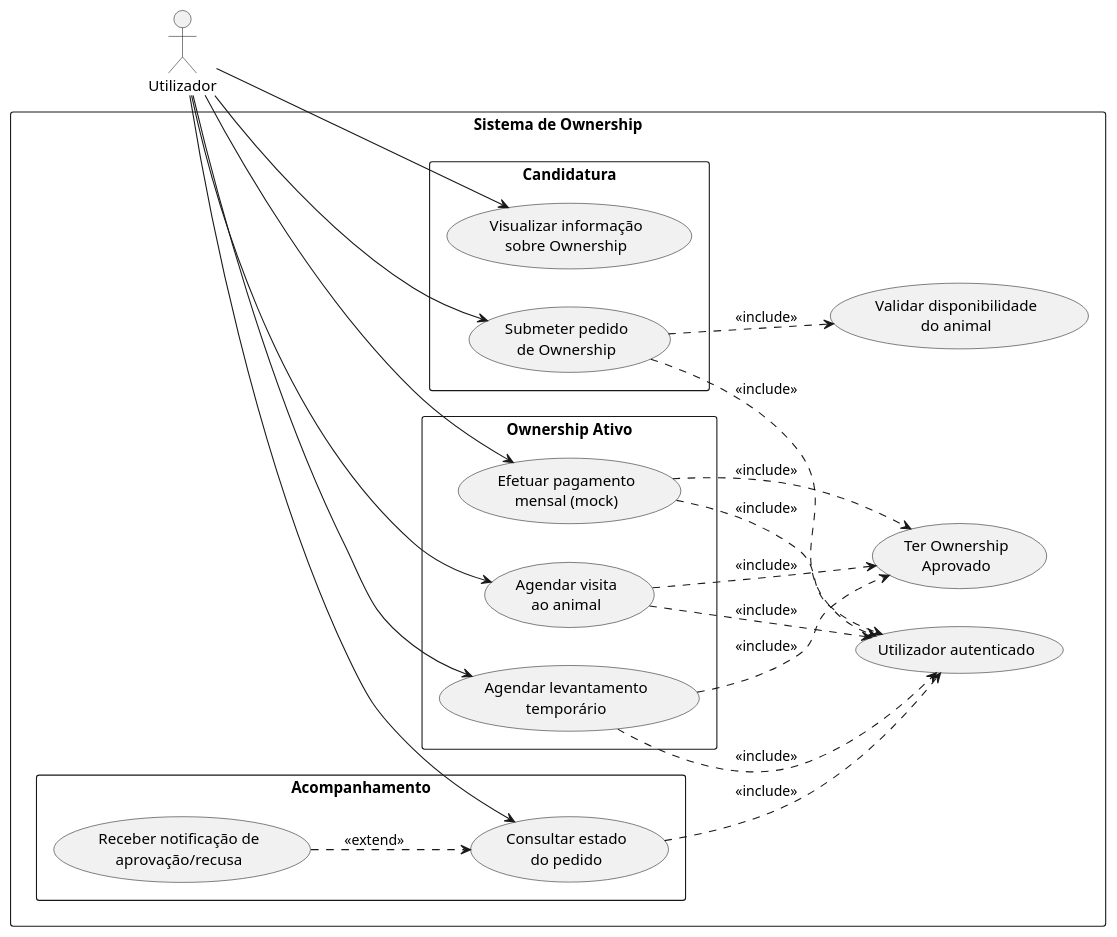
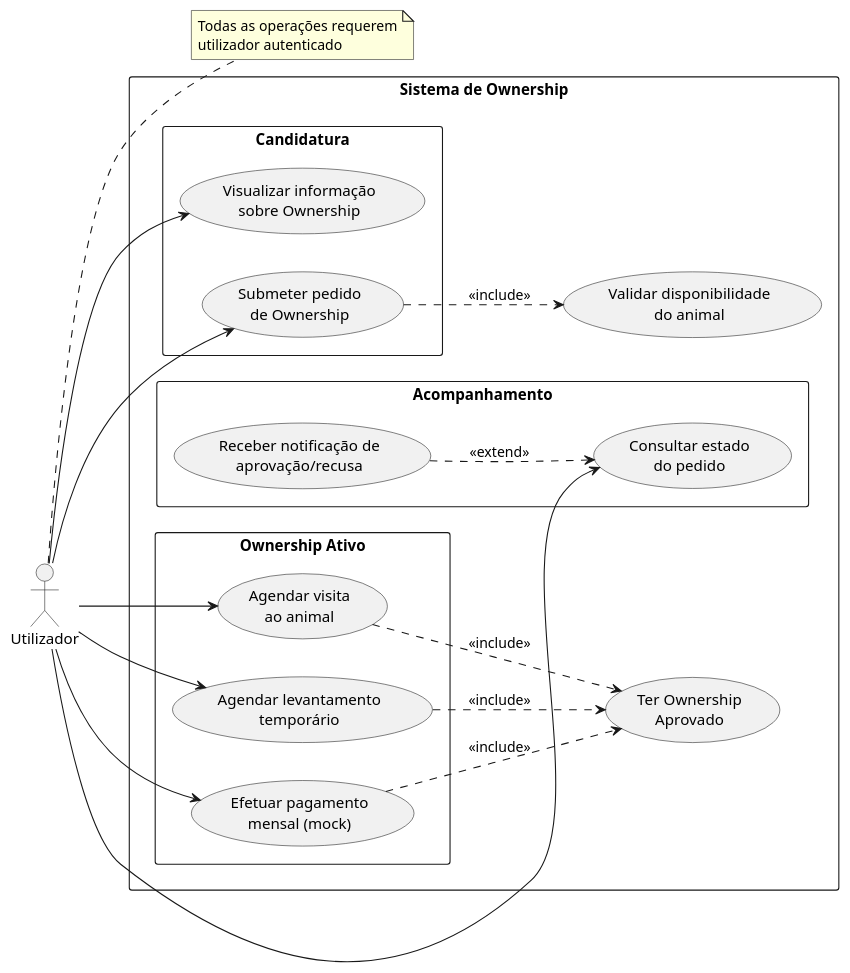
The diagram in artefactos_tecnicos/diagramas/DiagramaCasosUsoOwnership.puml (see-paw/project-artifacts), drawn with PlantUML before and after one commit.

```diff
--- a/artefactos_tecnicos/diagramas/DiagramaCasosUsoOwnership.puml
+++ b/artefactos_tecnicos/diagramas/DiagramaCasosUsoOwnership.puml
@@ -1,56 +1,53 @@
 @startuml
 left to right direction
 skinparam packageStyle rectangle
-
 actor "Utilizador" as User
-
 rectangle "Sistema de Ownership" {
   
   package "Candidatura" {
     usecase "Visualizar informação\nsobre Ownership" as UC1
     usecase "Submeter pedido\nde Ownership" as UC2
   }
   
   package "Acompanhamento" {
     usecase "Consultar estado\ndo pedido" as UC3
     usecase "Receber notificação de\naprovação/recusa" as UC4
   }
   
   package "Ownership Ativo" {
     usecase "Agendar visita\nao animal" as UC5
     usecase "Agendar levantamento\ntemporário" as UC6
     usecase "Efetuar pagamento\nmensal (mock)" as UC7
   }
   
   ' Use cases internos do sistema
-  usecase "Utilizador autenticado" as UC_Auth
   usecase "Validar disponibilidade\ndo animal" as UC_Valid
   usecase "Ter Ownership\nAprovado" as UC_OwnershipAtivo
 }
 
 ' Relações do Utilizador
 User --> UC1
 User --> UC2
 User --> UC3
 User --> UC5
 User --> UC6
 User --> UC7
 
 ' Include - Submeter pedido
-UC2 ..> UC_Auth : <<include>>
 UC2 ..> UC_Valid : <<include>>
 
-' Include - Outras ações autenticadas
-UC3 ..> UC_Auth : <<include>>
-UC5 ..> UC_Auth : <<include>>
-UC6 ..> UC_Auth : <<include>>
-UC7 ..> UC_Auth : <<include>>
-
-' Require - Pré-condição de Ownership Ativo
+' Include - Pré-condição de Ownership Ativo
 UC5 ..> UC_OwnershipAtivo : <<include>>
 UC6 ..> UC_OwnershipAtivo : <<include>>
 UC7 ..> UC_OwnershipAtivo : <<include>>
 
 ' Extend - Notificações
 UC4 ..> UC3 : <<extend>>
+
+' Nota sobre autenticação
+note right of User
+  Todas as operações requerem
+  utilizador autenticado
+end note
+
 @enduml
```
